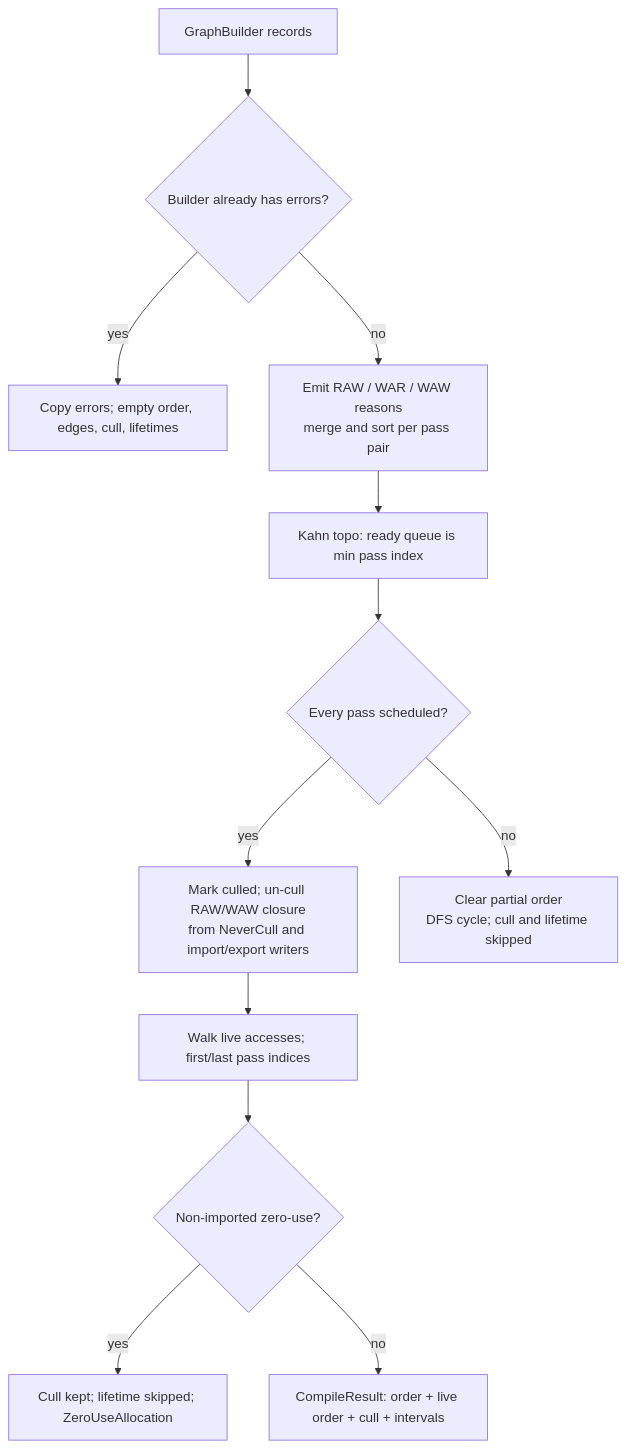
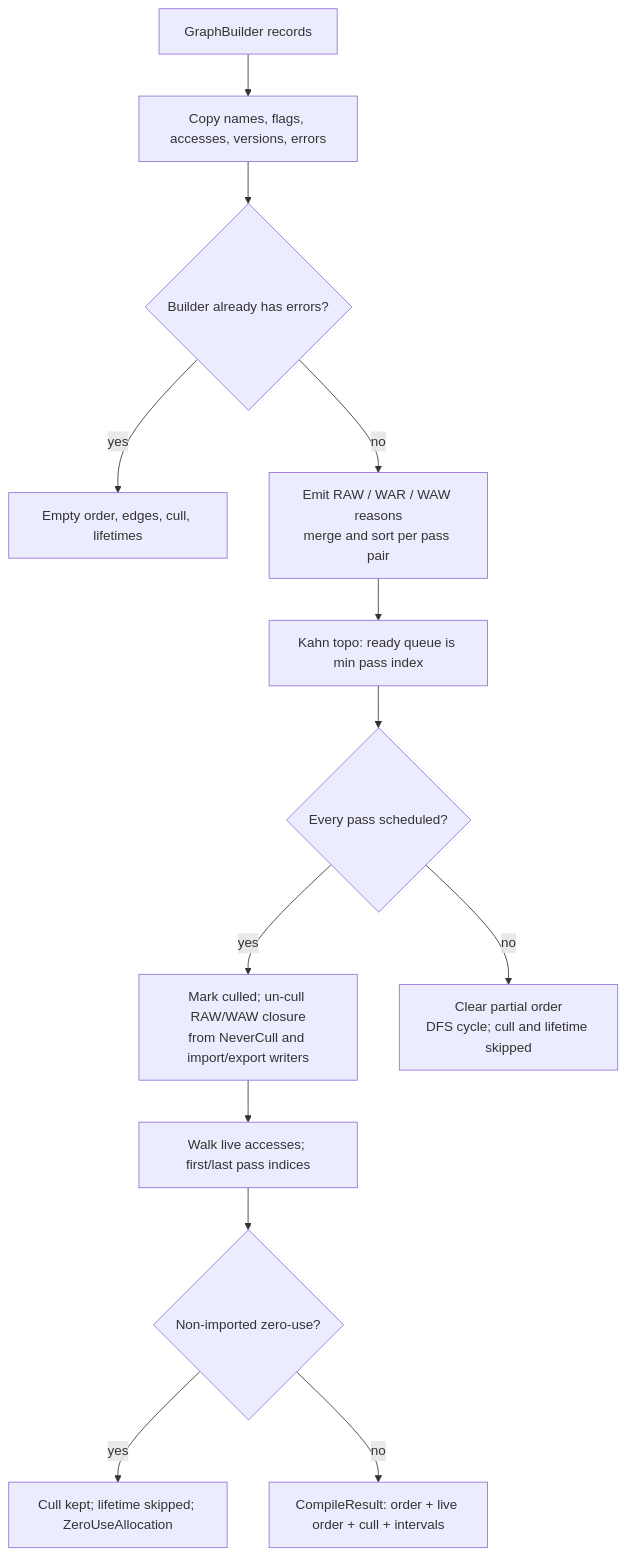
The eighth of 8 diagrams in docs/rdg-dataflow.md (wenjian-zhou/RenderLab), drawn with Mermaid before and after one commit. The commit also changed other lines of this file and 19 other files, not shown here.

First line of the commit message:
feat: complete S4.6 RDG compiler diagnostics and graph export

````diff
--- a/docs/rdg-dataflow.md
+++ b/docs/rdg-dataflow.md
@@ -395,27 +400,29 @@
 ```mermaid
 flowchart TB
     GB["GraphBuilder records"]
+    SNAP["Copy names, flags, accesses, versions, errors"]
     ERR{"Builder already has errors?"}
-    COPY["Copy errors; empty order, edges, cull, lifetimes"]
+    STOP["Empty order, edges, cull, lifetimes"]
     EDGES["Emit RAW / WAR / WAW reasons<br/>merge and sort per pass pair"]
     KAHN["Kahn topo: ready queue is min pass index"]
     ALL{"Every pass scheduled?"}
     CULL["Mark culled; un-cull RAW/WAW closure<br/>from NeverCull and import/export writers"]
     LIFE["Walk live accesses; first/last pass indices"]
     ZERO{"Non-imported zero-use?"}
     FAIL["Cull kept; lifetime skipped; ZeroUseAllocation"]
     OK["CompileResult: order + live order + cull + intervals"]
     CYCLE["Clear partial order<br/>DFS cycle; cull and lifetime skipped"]
 
-    GB --> ERR
-    ERR -->|"yes"| COPY
+    GB --> SNAP
+    SNAP --> ERR
+    ERR -->|"yes"| STOP
     ERR -->|"no"| EDGES
     EDGES --> KAHN
     KAHN --> ALL
     ALL -->|"yes"| CULL
     CULL --> LIFE
     LIFE --> ZERO
     ZERO -->|"yes"| FAIL
     ZERO -->|"no"| OK
     ALL -->|"no"| CYCLE
 ```
````
